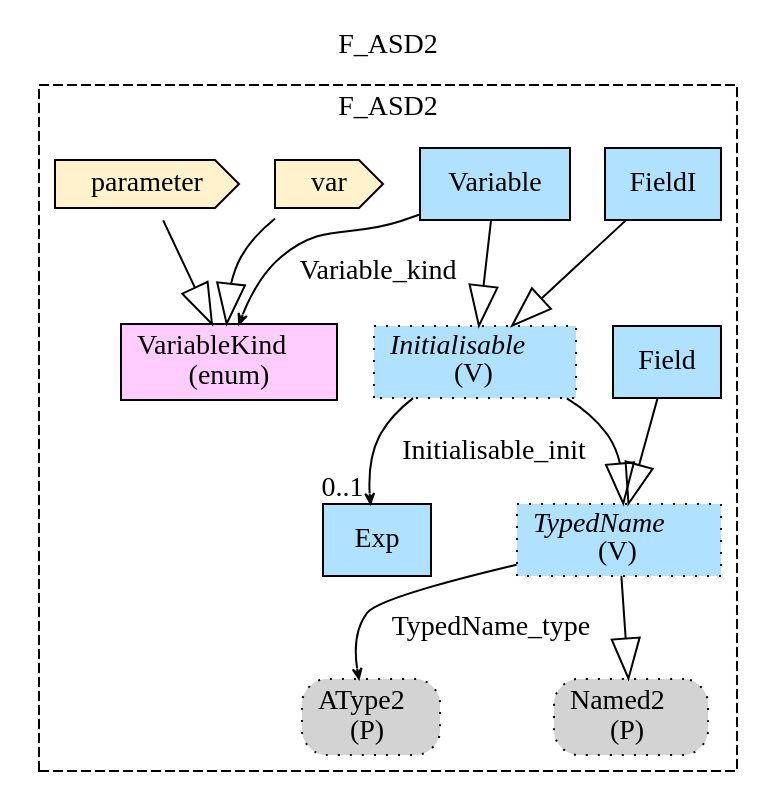
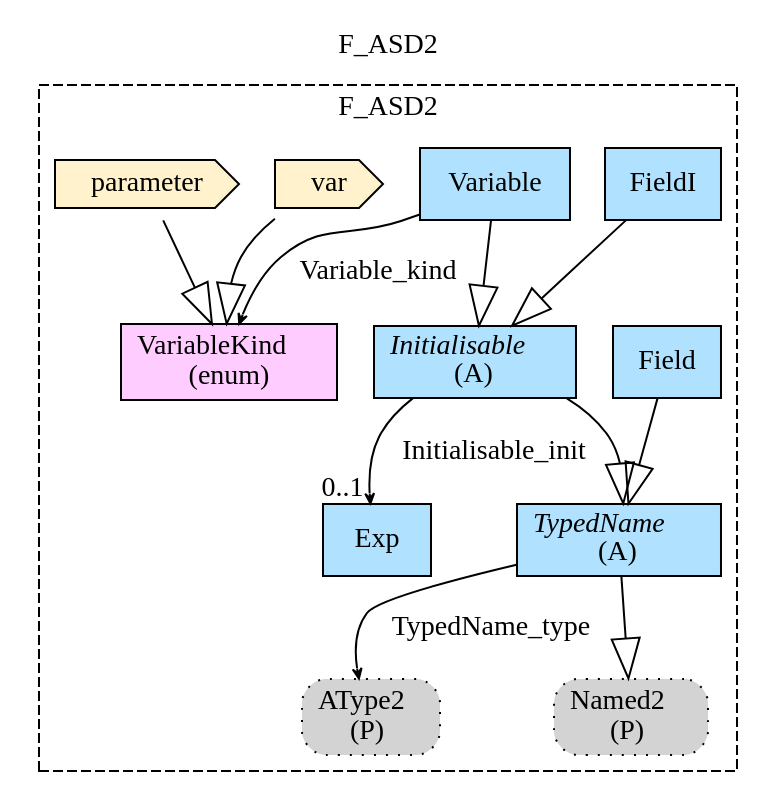
Before and after one commit to namalio/Fragmenta: the diagram in Haskell/IntoSysML/MM/img/F_ASD2.gv, drawn with Graphviz. The commit also changed 81 other files, not shown here.

```diff
--- a/Haskell/IntoSysML/MM/img/F_ASD2.gv
+++ b/Haskell/IntoSysML/MM/img/F_ASD2.gv
@@ -1,29 +1,29 @@
 digraph {graph[label=F_ASD2,labelloc=tl,labelfontsize=12];
 subgraph cluster_F_ASD2{style=dashed;label=F_ASD2;
 "PAType2"[shape=box,fillcolor=lightgray,style ="rounded,filled,dotted",label=<AType2<br/>(P)>];
 "PNamed2"[shape=box,fillcolor=lightgray,style ="rounded,filled,dotted",label=<Named2<br/>(P)>];
-"TypedName"[shape=record,fillcolor=lightskyblue1,style ="filled,dotted",label=<{<I>TypedName</I><br/>(V)}>];
-"Initialisable"[shape=record,fillcolor=lightskyblue1,style ="filled,dotted",label=<{<I>Initialisable</I><br/>(V)}>];
+"TypedName"[shape=record,fillcolor=lightskyblue1,style = filled,label=<{<I>TypedName</I><br/>(A)}>];
+"Initialisable"[shape=record,fillcolor=lightskyblue1,style = filled,label=<{<I>Initialisable</I><br/>(A)}>];
 "Exp"[shape=record,fillcolor=lightskyblue1,style = filled,label="Exp"];
 "Field"[shape=record,fillcolor=lightskyblue1,style = filled,label="Field"];
 "FieldI"[shape=record,fillcolor=lightskyblue1,style = filled,label="FieldI"];
 "Variable"[shape=record,fillcolor=lightskyblue1,style = filled,label="Variable"];
 "VariableKind"[shape=record,fillcolor="#FFCCFF",style = filled,label="VariableKind\l(enum)"];
 "Vvar"[shape=cds,fillcolor="#FFF2CC",style = filled,label="var"];
 "Vparameter"[shape=cds,fillcolor="#FFF2CC",style = filled,label="parameter"];
 
 "Vvar"->"VariableKind"[arrowhead=onormal,arrowsize=2.0];
 "Vparameter"->"VariableKind"[arrowhead=onormal,arrowsize=2.0];
 "Variable"->"VariableKind"[label="Variable_kind",arrowhead=vee,headlabel="",arrowsize=.5];
 "TypedName"->"PAType2"[label="TypedName_type",arrowhead=vee,headlabel="",arrowsize=.5];
 "Initialisable"->"Exp"[label="Initialisable_init",arrowhead=vee,headlabel="0..1",arrowsize=.5];
 "TypedName"->"PNamed2"[arrowhead=onormal,arrowsize=2.0];
 "Field"->"TypedName"[arrowhead=onormal,arrowsize=2.0];
 "Initialisable"->"TypedName"[arrowhead=onormal,arrowsize=2.0];
 "FieldI"->"Initialisable"[arrowhead=onormal,arrowsize=2.0];
 "Variable"->"Initialisable"[arrowhead=onormal,arrowsize=2.0];
 
 }
 
 
 }
```
